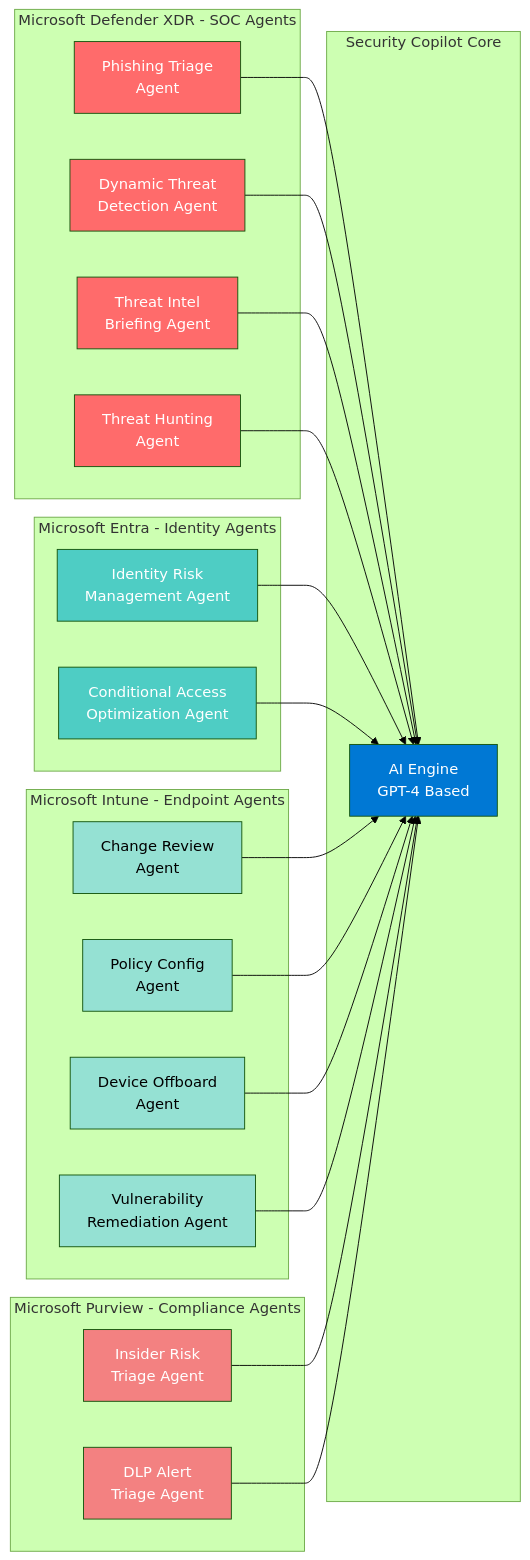
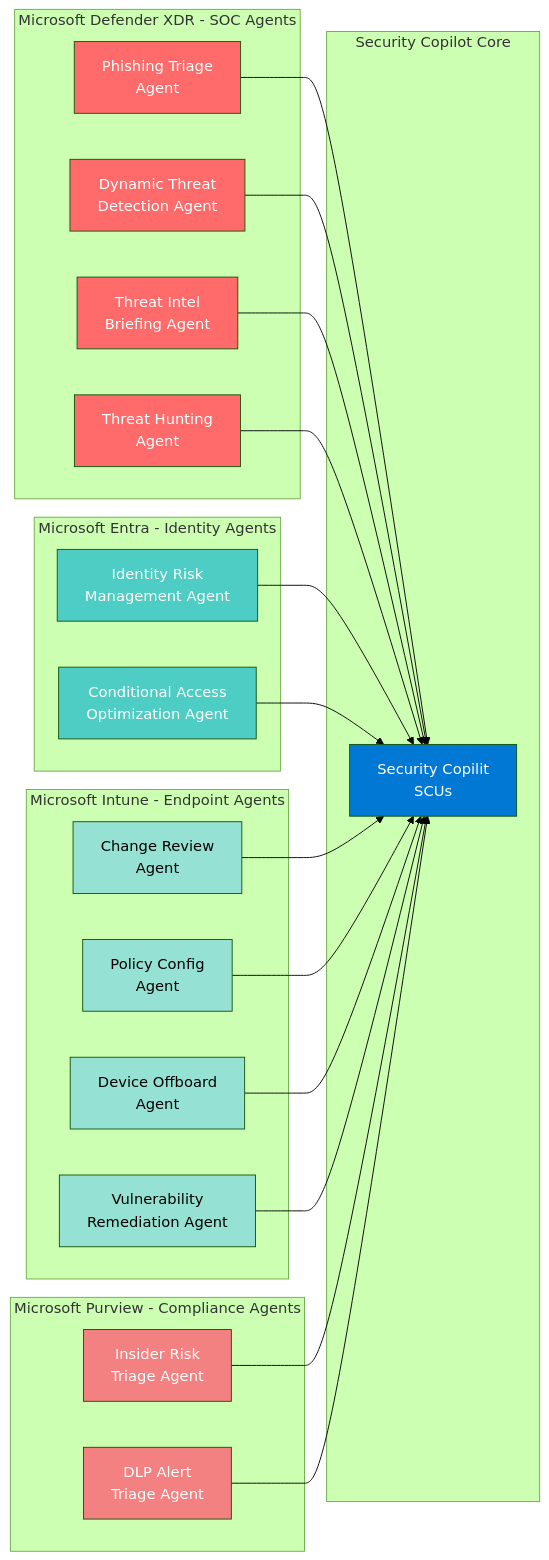
Before and after one commit to RakeshPrasad21/Rakesh-Prasad: the third of 5 diagrams in Demo/dsfs1.md, drawn with Mermaid (forest theme).

````diff
--- a/Demo/dsfs1.md
+++ b/Demo/dsfs1.md
@@ -236,57 +236,57 @@
 ```mermaid
 graph LR
     subgraph "Microsoft Defender XDR - SOC Agents"
         D1[Phishing Triage<br/>Agent]
         D2[Dynamic Threat<br/>Detection Agent]
         D3[Threat Intel<br/>Briefing Agent]
         D4[Threat Hunting<br/>Agent]
     end
     
     subgraph "Microsoft Entra - Identity Agents"
         E1[Identity Risk<br/>Management Agent]
         E2[Conditional Access<br/>Optimization Agent]
     end
     
     subgraph "Microsoft Intune - Endpoint Agents"
         I1[Change Review<br/>Agent]
         I2[Policy Config<br/>Agent]
         I3[Device Offboard<br/>Agent]
         I4[Vulnerability<br/>Remediation Agent]
     end
     
     subgraph "Microsoft Purview - Compliance Agents"
         P1[Insider Risk<br/>Triage Agent]
         P2[DLP Alert<br/>Triage Agent]
     end
     
     subgraph "Security Copilot Core"
-        AI[AI Engine<br/>GPT-4 Based]
+        AI[Security Copilit<br/>SCUs]
     end
     
     D1 --> AI
     D2 --> AI
     D3 --> AI
     D4 --> AI
     E1 --> AI
     E2 --> AI
     I1 --> AI
     I2 --> AI
     I3 --> AI
     I4 --> AI
     P1 --> AI
     P2 --> AI
     
     style AI fill:#0078D4,color:#fff
     style D1 fill:#FF6B6B,color:#fff
     style D2 fill:#FF6B6B,color:#fff
     style D3 fill:#FF6B6B,color:#fff
     style D4 fill:#FF6B6B,color:#fff
     style E1 fill:#4ECDC4,color:#fff
     style E2 fill:#4ECDC4,color:#fff
     style I1 fill:#95E1D3,color:#000
     style I2 fill:#95E1D3,color:#000
     style I3 fill:#95E1D3,color:#000
     style I4 fill:#95E1D3,color:#000
     style P1 fill:#F38181,color:#fff
     style P2 fill:#F38181,color:#fff
 ```
````
